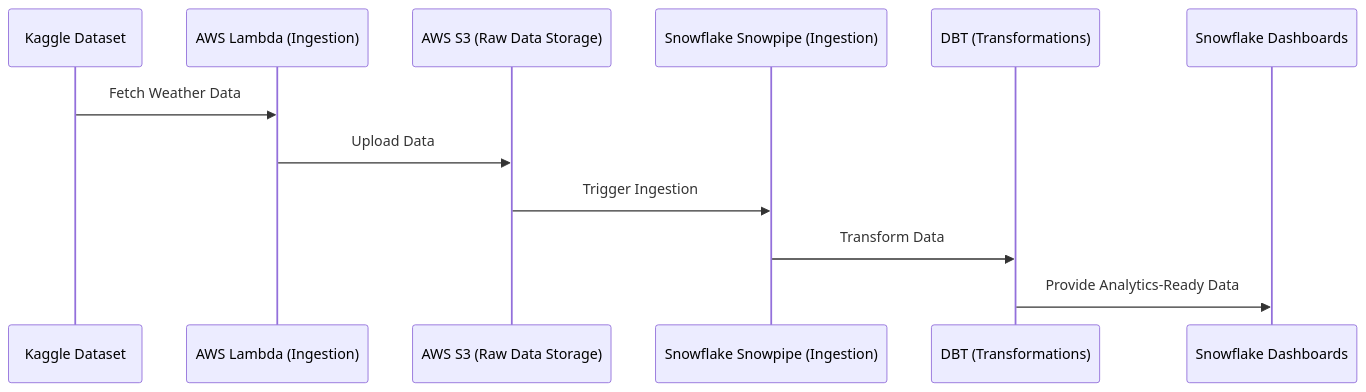
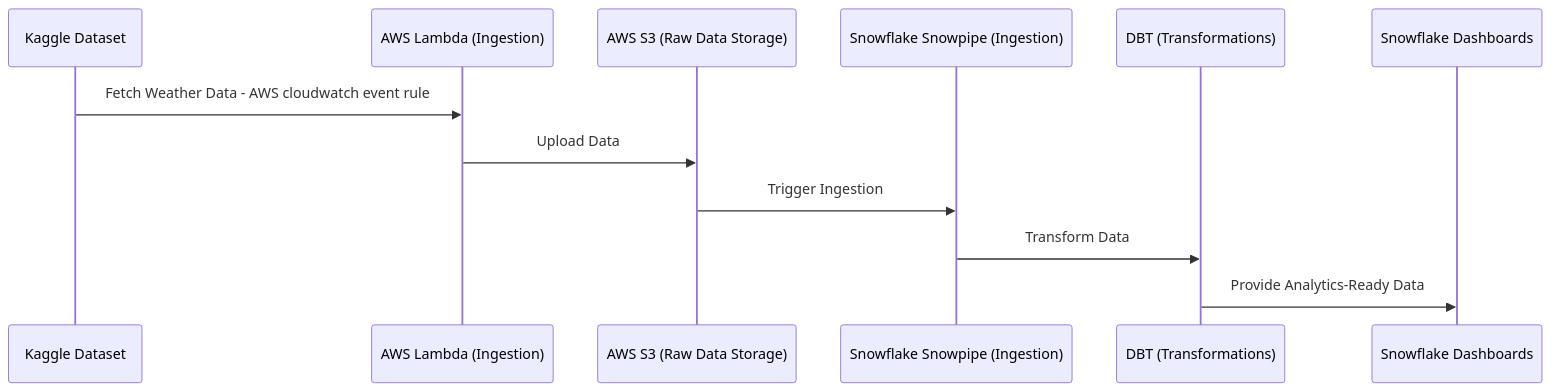
Before and after one commit to arjunrarjunr/de-zoomcamp-final-2025: the diagram in README.md, drawn with Mermaid. The commit also changed other lines of this file, not shown here.

````diff
--- a/README.md
+++ b/README.md
@@ -55,15 +55,15 @@
 ```mermaid
 sequenceDiagram
     participant Kaggle as Kaggle Dataset
     participant Lambda as AWS Lambda (Ingestion)
     participant S3 as AWS S3 (Raw Data Storage)
     participant Snowpipe as Snowflake Snowpipe (Ingestion)
     participant DBT as DBT (Transformations)
     participant Dashboard as Snowflake Dashboards
 
-    Kaggle->>Lambda: Fetch Weather Data
+    Kaggle->>Lambda: Fetch Weather Data - AWS cloudwatch event rule
     Lambda->>S3: Upload Data
     S3->>Snowpipe: Trigger Ingestion
     Snowpipe->>DBT: Transform Data
     DBT->>Dashboard: Provide Analytics-Ready Data
 ```
````
